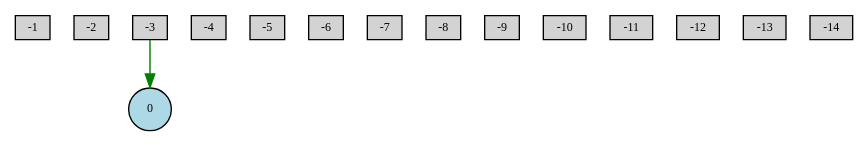
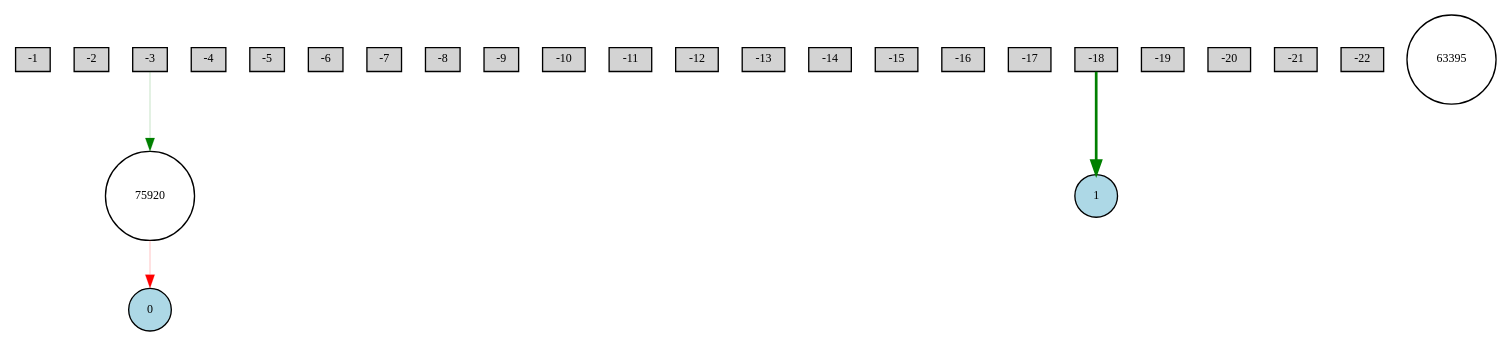
One commit to HalcoDraco/I2R changed the diagram in neat-application/winner-feedforward-enabled-pruned.gv. Above: the diagram before and after it, drawn with Graphviz. The commit also changed 14 other files, not shown here.

```diff
--- a/neat-application/winner-feedforward-enabled-pruned.gv
+++ b/neat-application/winner-feedforward-enabled-pruned.gv
@@ -1,19 +1,32 @@
 digraph {
 	node [fontsize=9 height=0.2 shape=circle width=0.2]
 	-1 [fillcolor=lightgray shape=box style=filled]
 	-2 [fillcolor=lightgray shape=box style=filled]
 	-3 [fillcolor=lightgray shape=box style=filled]
 	-4 [fillcolor=lightgray shape=box style=filled]
 	-5 [fillcolor=lightgray shape=box style=filled]
 	-6 [fillcolor=lightgray shape=box style=filled]
 	-7 [fillcolor=lightgray shape=box style=filled]
 	-8 [fillcolor=lightgray shape=box style=filled]
 	-9 [fillcolor=lightgray shape=box style=filled]
 	-10 [fillcolor=lightgray shape=box style=filled]
 	-11 [fillcolor=lightgray shape=box style=filled]
 	-12 [fillcolor=lightgray shape=box style=filled]
 	-13 [fillcolor=lightgray shape=box style=filled]
 	-14 [fillcolor=lightgray shape=box style=filled]
+	-15 [fillcolor=lightgray shape=box style=filled]
+	-16 [fillcolor=lightgray shape=box style=filled]
+	-17 [fillcolor=lightgray shape=box style=filled]
+	-18 [fillcolor=lightgray shape=box style=filled]
+	-19 [fillcolor=lightgray shape=box style=filled]
+	-20 [fillcolor=lightgray shape=box style=filled]
+	-21 [fillcolor=lightgray shape=box style=filled]
+	-22 [fillcolor=lightgray shape=box style=filled]
 	0 [fillcolor=lightblue style=filled]
-	-3 -> 0 [color=green penwidth=1.0695514759450662 style=solid]
+	1 [fillcolor=lightblue style=filled]
+	63395 [fillcolor=white style=filled]
+	75920 [fillcolor=white style=filled]
+	-18 -> 1 [color=green penwidth=2.0383527112413597 style=solid]
+	-3 -> 75920 [color=green penwidth=0.17071132415248286 style=solid]
+	75920 -> 0 [color=red penwidth=0.18067688667916187 style=solid]
 }
```
